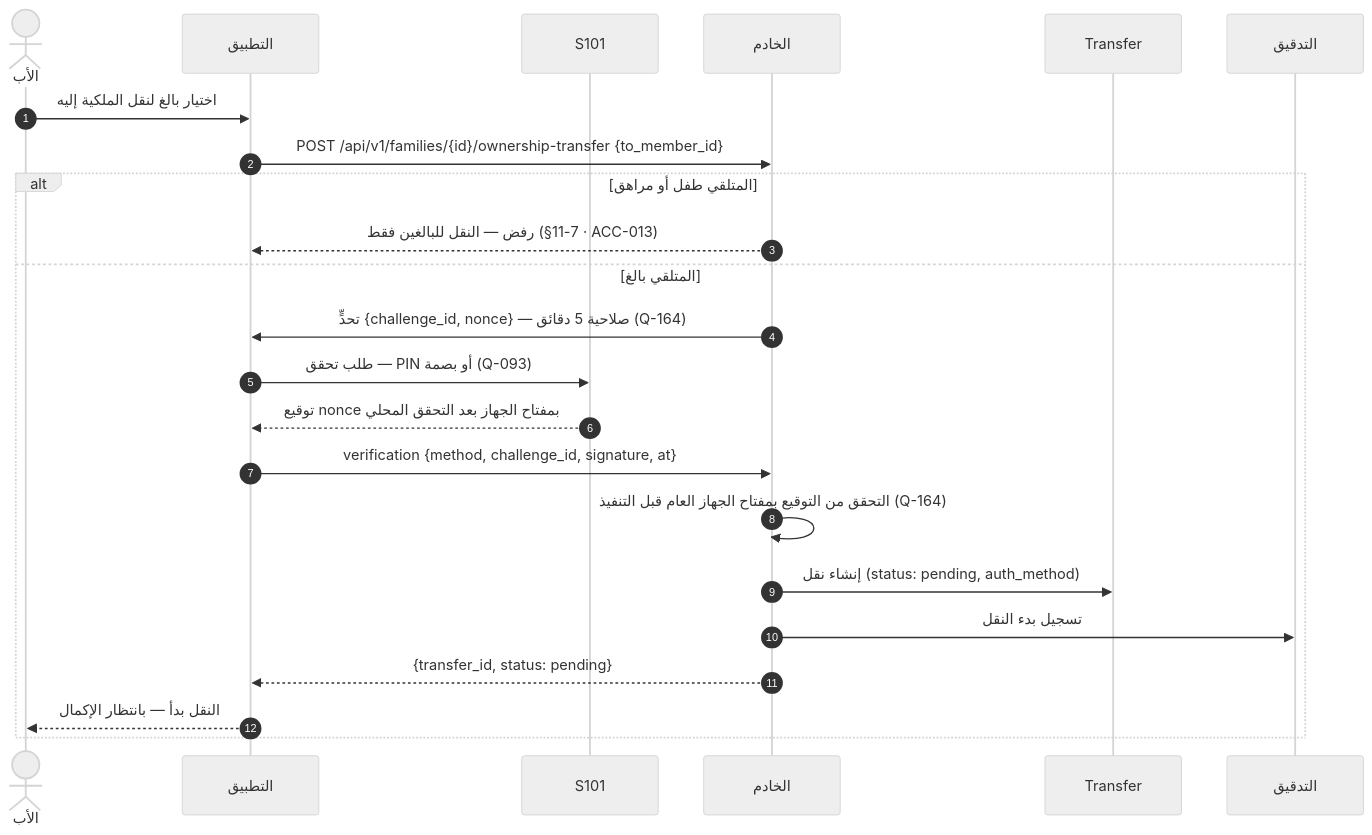
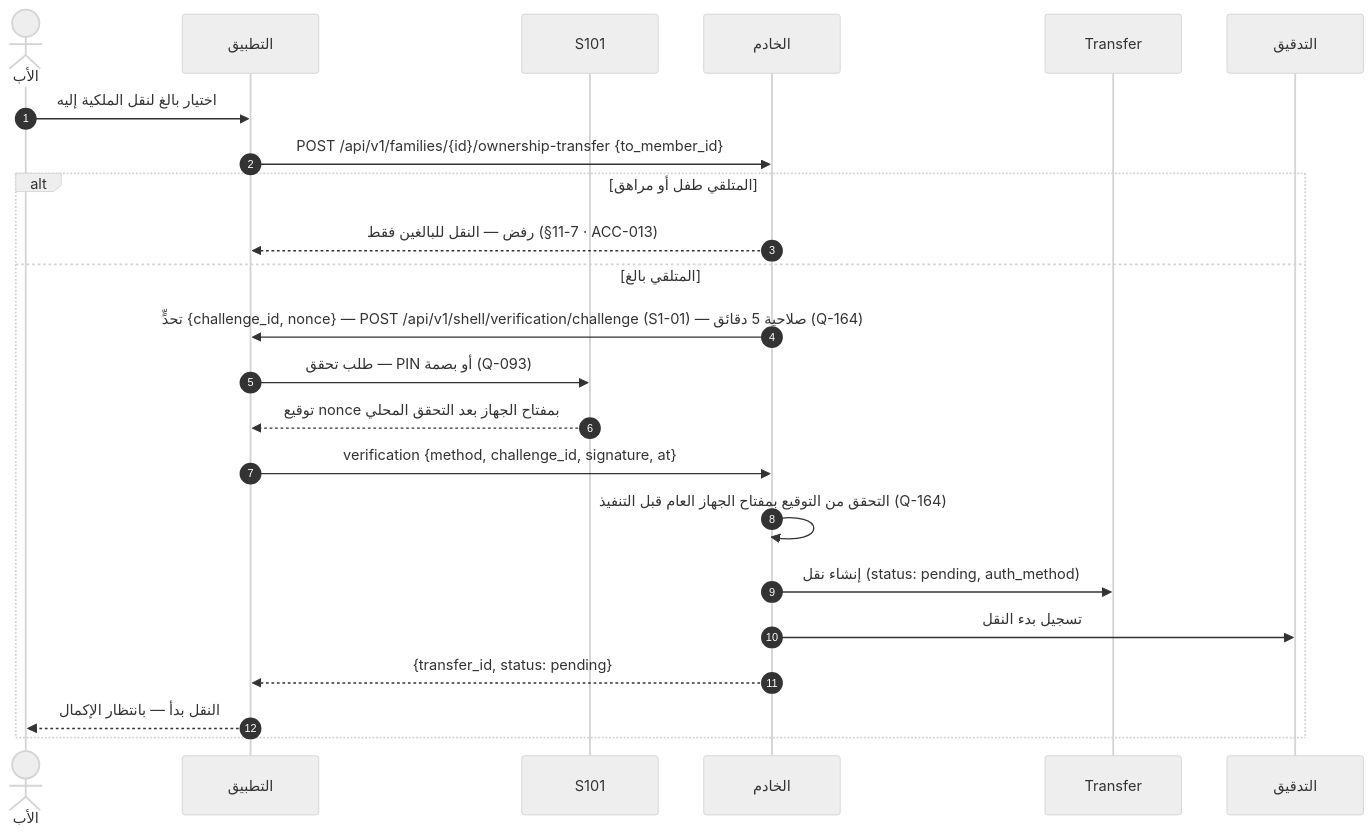
Before and after one commit to Bassam-mohammed-alqaeadi/family-os-v2: the seventh of 14 diagrams in docs/family-os/governance/phases/phase-1/S1-03-family-roles-and-permissions/DIAGRAMS.md, drawn with Mermaid (neutral theme). The commit also changed other lines of this file and 1 other file, not shown here.

````diff
--- a/docs/family-os/governance/phases/phase-1/S1-03-family-roles-and-permissions/DIAGRAMS.md
+++ b/docs/family-os/governance/phases/phase-1/S1-03-family-roles-and-permissions/DIAGRAMS.md
@@ -304,25 +319,25 @@
 ```mermaid
 sequenceDiagram
     autonumber
     actor Father as الأب
     participant App as التطبيق
     participant البوابة as S101
     participant Ktor as الخادم
     participant النقل as Transfer
     participant Audit as التدقيق
     Father->>App: اختيار بالغ لنقل الملكية إليه
     App->>Ktor: POST /api/v1/families/{id}/ownership-transfer {to_member_id}
     alt المتلقي طفل أو مراهق
         Ktor-->>App: رفض — النقل للبالغين فقط (§7-11 · ACC-013)
     else المتلقي بالغ
-        Ktor->>App: تحدٍّ {challenge_id, nonce} — صلاحية 5 دقائق (Q-164)
+        Ktor->>App: تحدٍّ {challenge_id, nonce} — POST /api/v1/shell/verification/challenge (S1-01) — صلاحية 5 دقائق (Q-164)
         App->>البوابة: طلب تحقق — PIN أو بصمة (Q-093)
         البوابة-->>App: توقيع nonce بمفتاح الجهاز بعد التحقق المحلي
         App->>Ktor: verification {method, challenge_id, signature, at}
         Ktor->>Ktor: التحقق من التوقيع بمفتاح الجهاز العام قبل التنفيذ (Q-164)
         Ktor->>النقل: إنشاء نقل (status: pending, auth_method)
         Ktor->>Audit: تسجيل بدء النقل
         Ktor-->>App: {transfer_id, status: pending}
         App-->>Father: النقل بدأ — بانتظار الإكمال
     end
 ```
````
